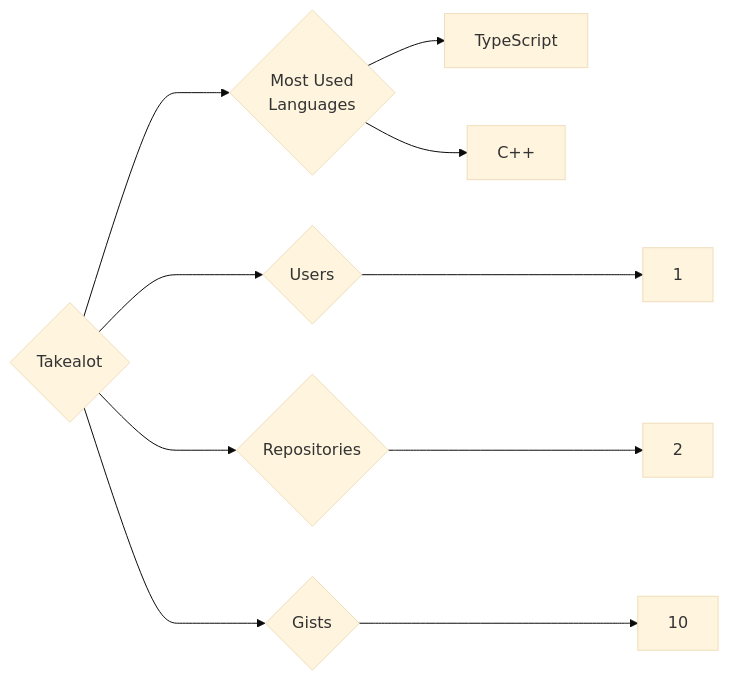
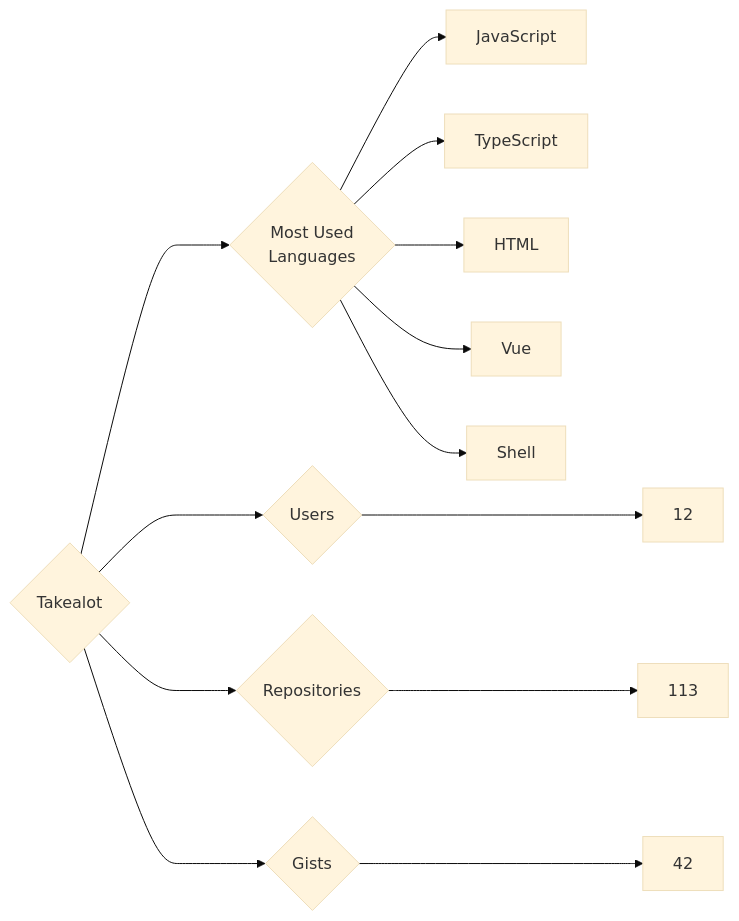
The diagram in targets/Takealot/README.md (trickest/insiders), drawn with Mermaid (base theme) before and after one commit. The commit also changed 806 other files, not shown here.

````diff
--- a/targets/Takealot/README.md
+++ b/targets/Takealot/README.md
@@ -3,10 +3,13 @@
 ```mermaid
 graph LR
 COMPANY_NAME{Takealot}
-COMPANY_NAME ---> U{Users} ---> UN[1]
-COMPANY_NAME ---> R{Repositories} ---> RN[2]
-COMPANY_NAME ---> G{Gists} ---> GN[10]
+COMPANY_NAME ---> U{Users} ---> UN[12]
+COMPANY_NAME ---> R{Repositories} ---> RN[113]
+COMPANY_NAME ---> G{Gists} ---> GN[42]
 COMPANY_NAME ---> ML{Most Used<br>Languages}
+ML --> JavaScript[JavaScript]
 ML --> TypeScript[TypeScript]
-ML --> C++[C++]
+ML --> HTML[HTML]
+ML --> Vue[Vue]
+ML --> Shell[Shell]
 ```
````
